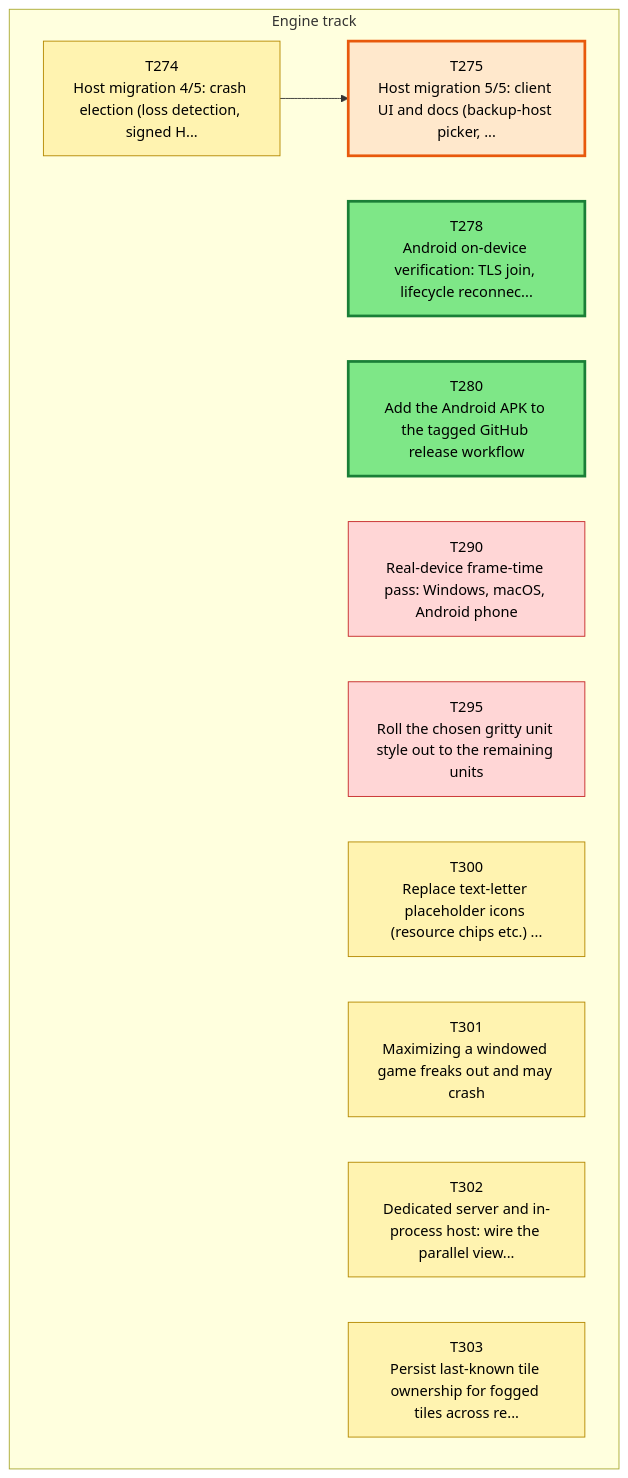
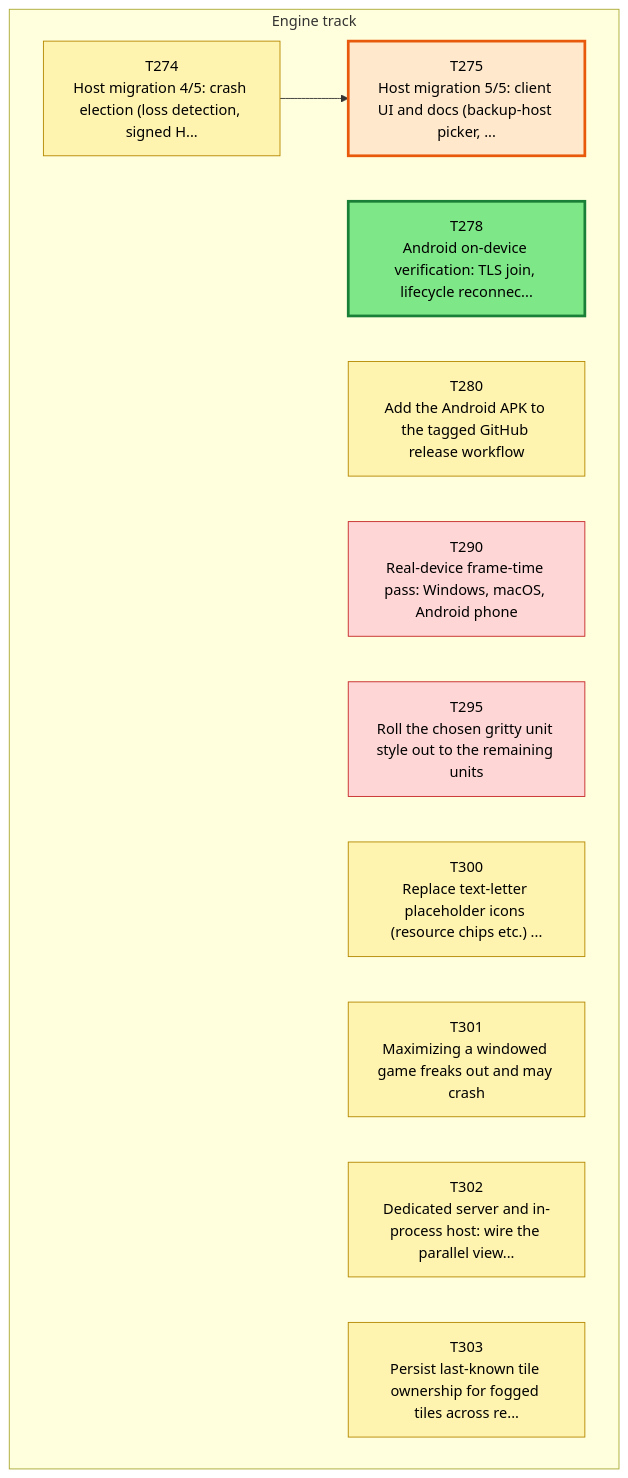
Before and after one commit to Kenmura/Unciv: the first of 3 diagrams in csharp/migration/DEPENDENCY_MAP.md, drawn with Mermaid. The commit also changed other lines of this file and 1 other file, not shown here.

````diff
--- a/csharp/migration/DEPENDENCY_MAP.md
+++ b/csharp/migration/DEPENDENCY_MAP.md
@@ -35,33 +35,33 @@
 ```mermaid
 flowchart TD
   subgraph TTRACK["Engine track"]
     T274["T274<br/>Host migration 4/5: crash election (loss detection, signed H..."]
     T275["T275<br/>Host migration 5/5: client UI and docs (backup-host picker, ..."]
     T278["T278<br/>Android on-device verification: TLS join, lifecycle reconnec..."]
     T280["T280<br/>Add the Android APK to the tagged GitHub release workflow"]
     T290["T290<br/>Real-device frame-time pass: Windows, macOS, Android phone"]
     T295["T295<br/>Roll the chosen gritty unit style out to the remaining units"]
     T300["T300<br/>Replace text-letter placeholder icons (resource chips etc.) ..."]
     T301["T301<br/>Maximizing a windowed game freaks out and may crash"]
     T302["T302<br/>Dedicated server and in-process host: wire the parallel view..."]
     T303["T303<br/>Persist last-known tile ownership for fogged tiles across re..."]
   end
   T274 --> T275
   classDef waiting fill:#f3faf3,stroke:#9bc49b,color:#555,stroke-dasharray:2 2
   classDef ondeck fill:#ffe8cc,stroke:#e8590c,stroke-width:3px,color:#000
   classDef ready fill:#7ee787,stroke:#1a7f37,stroke-width:3px,color:#000
   classDef prog fill:#fff3b0,stroke:#b58900,color:#000
   classDef review fill:#cfe4ff,stroke:#1f6feb,color:#000
   classDef blocked fill:#ffd6d6,stroke:#c62828,color:#000
   classDef done fill:#eeeeee,stroke:#999999,color:#666,stroke-dasharray:4 3
   class T274 prog
   class T275 ondeck
   class T278 ready
-  class T280 ready
+  class T280 prog
   class T290 blocked
   class T295 blocked
   class T300 prog
   class T301 prog
   class T302 prog
   class T303 prog
 ```
````
